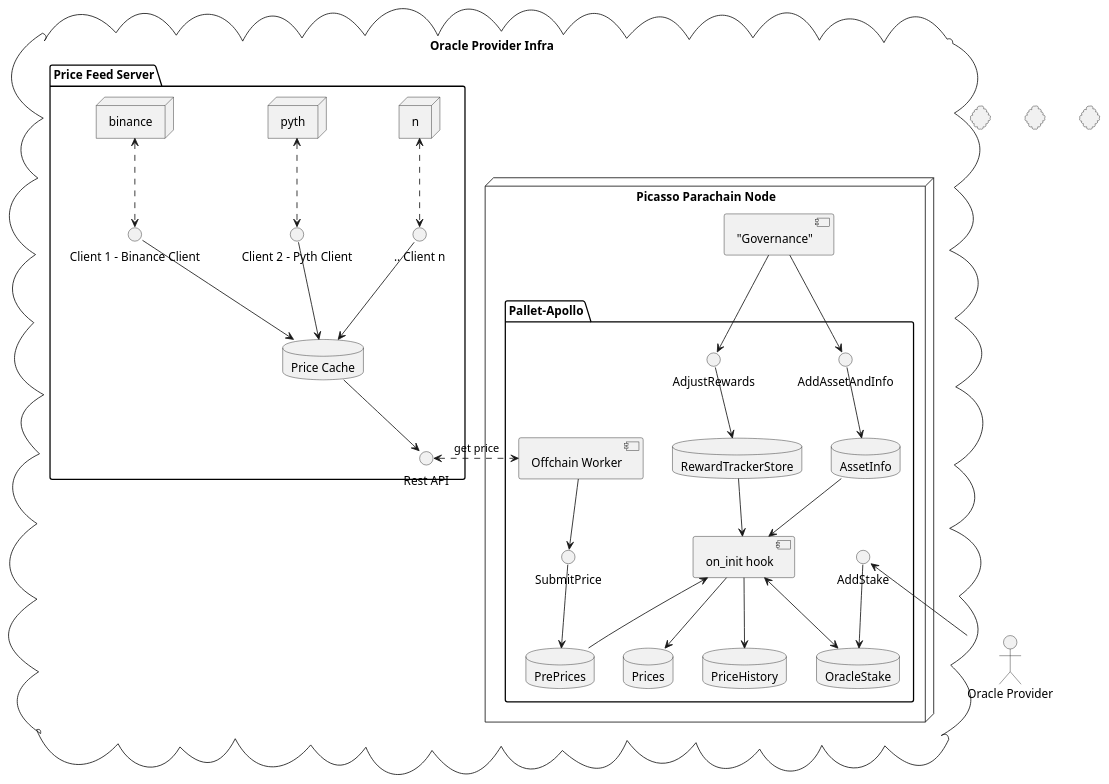
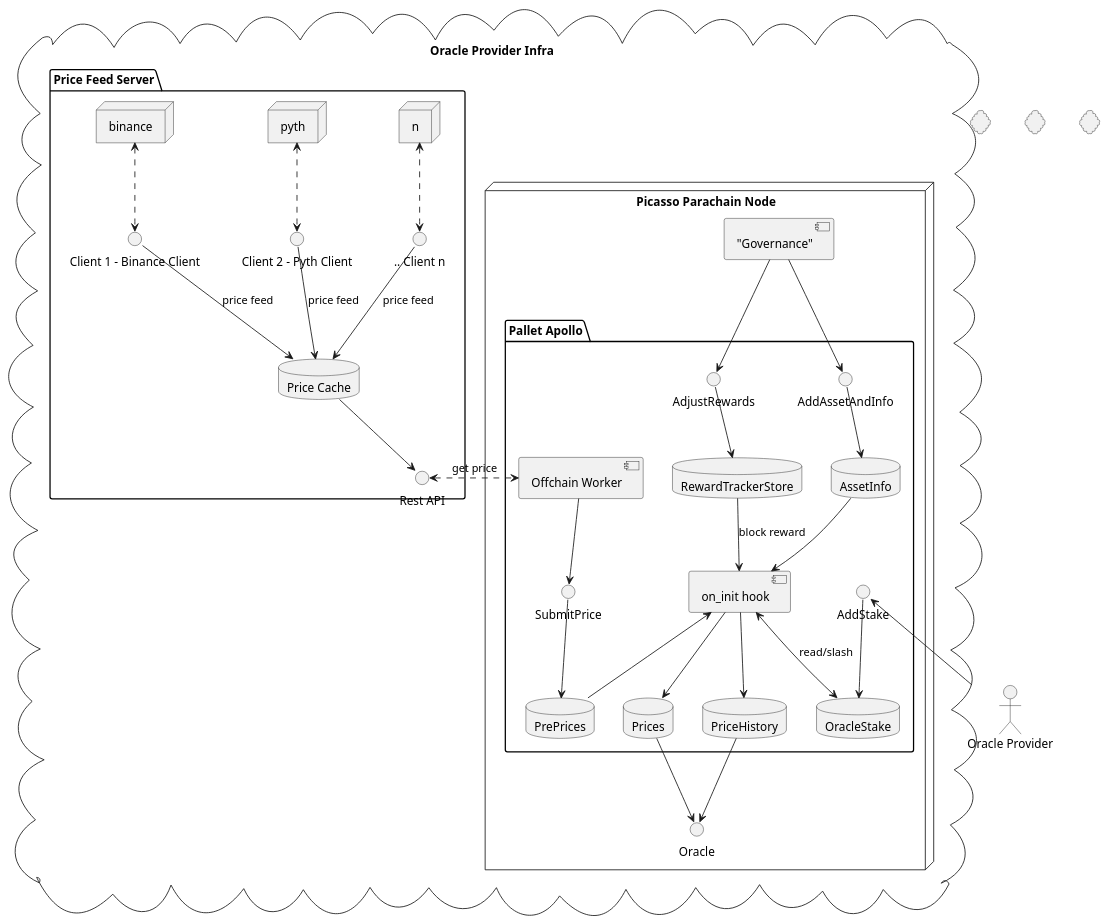
Before and after one commit to ComposableFi/composable: the diagram in frame/oracle/design/design.adoc, drawn with PlantUML. The commit also changed other lines of this file, not shown here.

```diff
--- a/frame/oracle/design/design.adoc
+++ b/frame/oracle/design/design.adoc
@@ -67,71 +70,74 @@
 [plantuml,images/apollo-overview,png]
 ----
 cloud "Oracle Provider Infra" {
     node "Picasso Parachain Node" {
-        package "Pallet-Apollo" {
+        () "Oracle" as o
+        package "Pallet Apollo" {
             Database "PrePrices" as prepricedb
             Database "AssetInfo" as assetdb
             Database "OracleStake" as stakedb
             Database "Prices" as pricedb
             Database "PriceHistory" as pricehistorydb
             Database "RewardTrackerStore" as rewarddb
             [Offchain Worker] as ofw
             [on_init hook] as oih
             () "SubmitPrice" as sp
             () "AdjustRewards" as ar
             () "AddStake" as as
             () "AddAssetAndInfo" as adda
             ar --> rewarddb
             ofw --> sp
             sp --> prepricedb
             oih <-- prepricedb
             adda --> assetdb
             assetdb --> oih
             oih --> pricedb
-            oih <--> stakedb
+            oih <--> stakedb : read/slash
             as --> stakedb
             oih --> pricehistorydb
         }
 
         ["Governance"] --> ar
         ["Governance"] --> adda
-        rewarddb --> oih
+        rewarddb --> oih : block reward
+        pricedb --> o
+        pricehistorydb --> o
     }
 
     package "Price Feed Server" {
         () "Rest API" as papi
         database "Price Cache" as pc
         () "Client 1 - Binance Client" as c1
         () "Client 2 - Pyth Client" as c2
         () ".. Client n" as cn
 
         pc --> papi
-        c1 --> pc
-        c2 --> pc
-        cn --> pc
+        c1 --> pc: price feed
+        c2 --> pc: price feed
+        cn --> pc: price feed
         c1 <.up.> binance
         c2 <.up.> pyth
         cn <.up.> n
     }
 }
 
 ofw <.left.> papi : get price
 
 cloud {
     node "Price-Source 1 - Binance" as binance {
     }
 }
 
 cloud {
     node "Price-Source 2 - Pyth" as pyth {
     }
 }
 
 cloud {
     node ".. Price-Source n" as n {
     }
 }
 
 "Oracle Provider" as op
 op -up-> as
 ----
```
